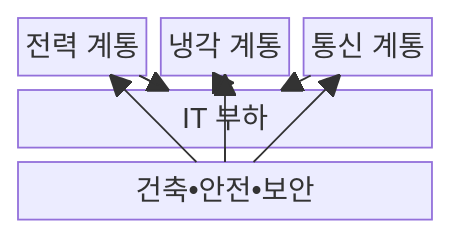
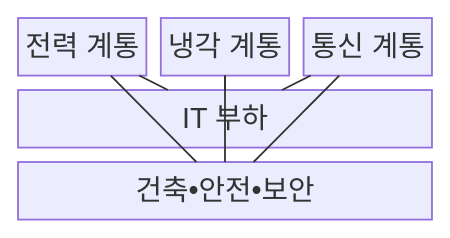
The first of 2 diagrams in src/content/docs/notes/06-evaluation/038_tia942_tier_rating.md (agnusdei1207/knowledge-base), drawn with Mermaid before and after one commit. The commit also changed other lines of this file and 493 other files, not shown here.

````diff
--- a/src/content/docs/notes/06-evaluation/038_tia942_tier_rating.md
+++ b/src/content/docs/notes/06-evaluation/038_tia942_tier_rating.md
@@ -68,15 +68,13 @@
 ```mermaid
 block-beta
     columns 3
     P["전력 계통"] C["냉각 계통"] T["통신 계통"]
     I["IT 부하"]:3
     F["건축•안전•보안"]:3
-    P --> I
-    C --> I
-    T --> I
-    F --> P
-    F --> C
-    F --> T
-  P --- I
-  I --- F
+    P --- I
+    C --- I
+    T --- I
+    F --- P
+    F --- C
+    F --- T
 ```
````
